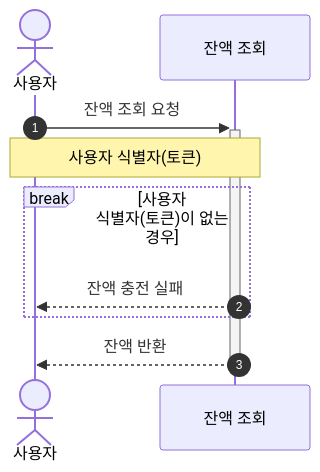
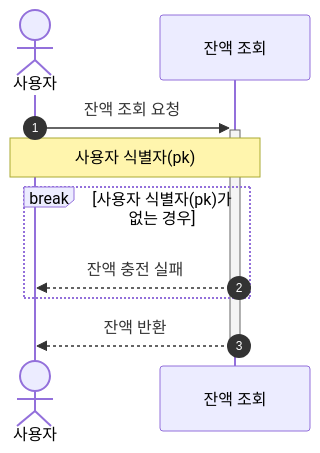
Before and after one commit to kdelay/Concert-Booking: the seventh of 8 diagrams in README.md, drawn with Mermaid. The commit also changed other lines of this file, not shown here.

Commit message:
docs: [#1] 사용자 식별자 수정, 잔액 충전/조회 시퀀스 분리

````diff
--- a/README.md
+++ b/README.md
@@ -161,14 +152,14 @@
 ```mermaid
 sequenceDiagram
     autonumber
     actor 사용자
     
     사용자 ->>+ 잔액 조회: 잔액 조회 요청
-    Note over 사용자, 잔액 조회: 사용자 식별자(토큰)
+    Note over 사용자, 잔액 조회: 사용자 식별자(pk)
 
-    break 사용자 식별자(토큰)이 없는 경우
+    break 사용자 식별자(pk)가 없는 경우
       잔액 조회 -->> 사용자: 잔액 충전 실패
     end
   
     잔액 조회 -->>- 사용자: 잔액 반환
 ```
````
